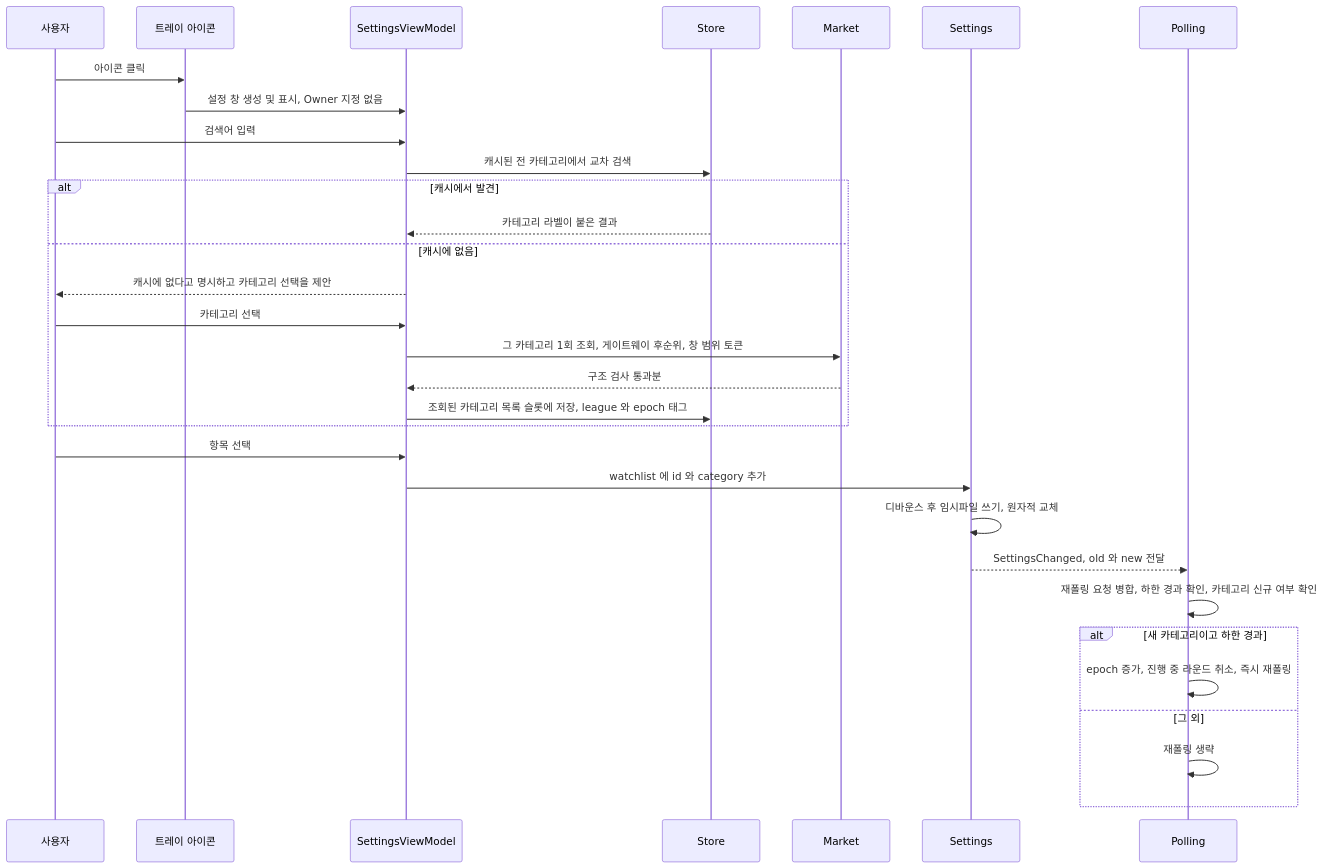
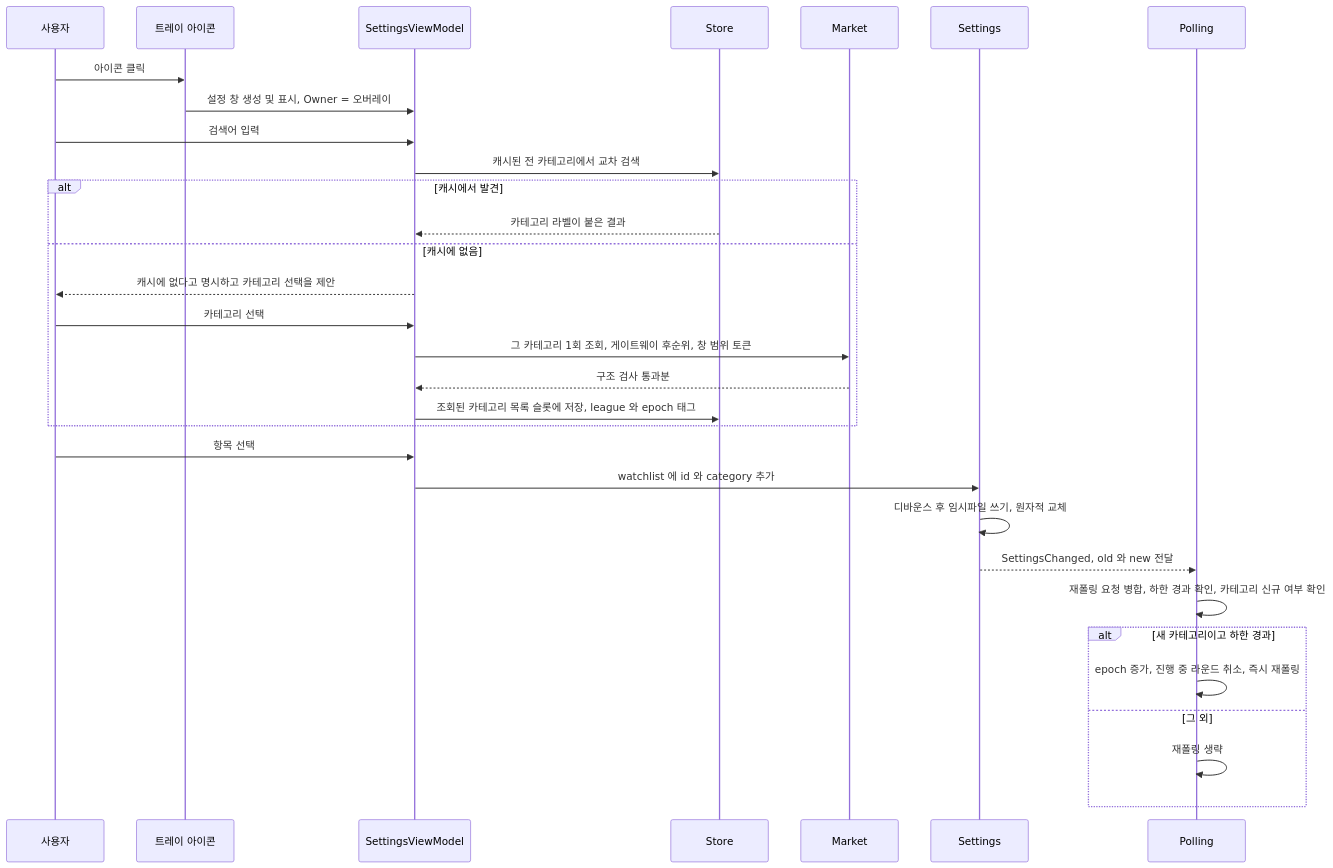
The fifth of 5 diagrams in docs/design/01-hld.md (kost0806/poe-market-price-tracker-overlay), drawn with Mermaid before and after one commit. The commit also changed other lines of this file and 4 other files, not shown here.

````diff
--- a/docs/design/01-hld.md
+++ b/docs/design/01-hld.md
@@ -459,34 +471,34 @@
 ```mermaid
 sequenceDiagram
     participant U as 사용자
     participant Tray as 트레이 아이콘
     participant SV as SettingsViewModel
     participant Sto as Store
     participant Mk as Market
     participant Set as Settings
     participant Poll as Polling
 
     U->>Tray: 아이콘 클릭
-    Tray->>SV: 설정 창 생성 및 표시, Owner 지정 없음
+    Tray->>SV: 설정 창 생성 및 표시, Owner = 오버레이
     U->>SV: 검색어 입력
     SV->>Sto: 캐시된 전 카테고리에서 교차 검색
     alt 캐시에서 발견
         Sto-->>SV: 카테고리 라벨이 붙은 결과
     else 캐시에 없음
         SV-->>U: 캐시에 없다고 명시하고 카테고리 선택을 제안
         U->>SV: 카테고리 선택
         SV->>Mk: 그 카테고리 1회 조회, 게이트웨이 후순위, 창 범위 토큰
         Mk-->>SV: 구조 검사 통과분
         SV->>Sto: 조회된 카테고리 목록 슬롯에 저장, league 와 epoch 태그
     end
     U->>SV: 항목 선택
     SV->>Set: watchlist 에 id 와 category 추가
     Set->>Set: 디바운스 후 임시파일 쓰기, 원자적 교체
     Set-->>Poll: SettingsChanged, old 와 new 전달
     Poll->>Poll: 재폴링 요청 병합, 하한 경과 확인, 카테고리 신규 여부 확인
     alt 새 카테고리이고 하한 경과
         Poll->>Poll: epoch 증가, 진행 중 라운드 취소, 즉시 재폴링
     else 그 외
         Poll->>Poll: 재폴링 생략
     end
 ```
````
